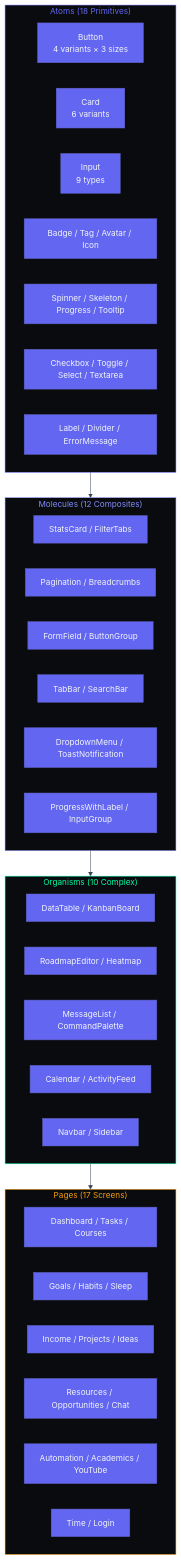
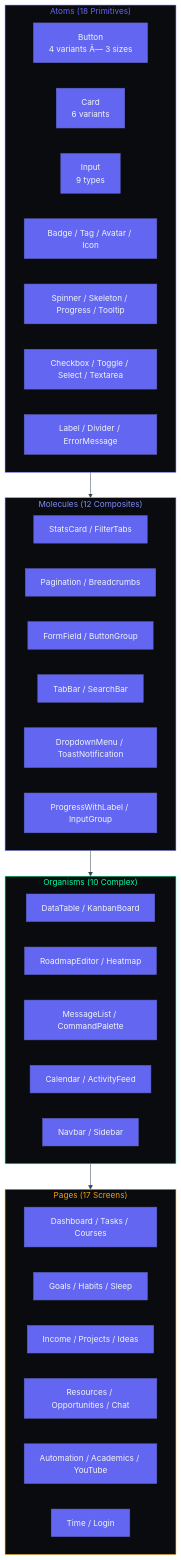
Before and after one commit to rohitkumarnaidu/ARIA-OS---SecondBrain-: the diagram in docs/engineering/FrontendComponentLibrary.md, drawn with Mermaid. The commit also changed other lines of this file and 7 other files, not shown here.

````diff
--- a/docs/engineering/FrontendComponentLibrary.md
+++ b/docs/engineering/FrontendComponentLibrary.md
@@ -104,52 +104,52 @@
 ```mermaid
 %%{init: {'theme': 'base', 'themeVariables': { 'background': '#0A0B0F', 'primaryColor': '#6366F1', 'secondaryColor': '#00FFA3', 'tertiaryColor': '#1E293B', 'primaryTextColor': '#F1F5F9', 'secondaryTextColor': '#94A3B8', 'lineColor': '#334155', 'fontFamily': 'DM Sans' }}}%%
 graph TD
     subgraph Atoms["Atoms (18 Primitives)"]
         direction LR
-        A1["Button<br/>4 variants × 3 sizes"]
+        A1["Button<br/>4 variants Ã— 3 sizes"]
         A2["Card<br/>6 variants"]
         A3["Input<br/>9 types"]
         A4["Badge / Tag / Avatar / Icon"]
         A5["Spinner / Skeleton / Progress / Tooltip"]
         A6["Checkbox / Toggle / Select / Textarea"]
         A7["Label / Divider / ErrorMessage"]
     end
 
     subgraph Molecules["Molecules (12 Composites)"]
         direction LR
         M1["StatsCard / FilterTabs"]
         M2["Pagination / Breadcrumbs"]
         M3["FormField / ButtonGroup"]
         M4["TabBar / SearchBar"]
         M5["DropdownMenu / ToastNotification"]
         M6["ProgressWithLabel / InputGroup"]
     end
 
     subgraph Organisms["Organisms (10 Complex)"]
         direction LR
         O1["DataTable / KanbanBoard"]
         O2["RoadmapEditor / Heatmap"]
         O3["MessageList / CommandPalette"]
         O4["Calendar / ActivityFeed"]
         O5["Navbar / Sidebar"]
     end
 
     subgraph Pages["Pages (17 Screens)"]
         direction LR
         P1["Dashboard / Tasks / Courses"]
         P2["Goals / Habits / Sleep"]
         P3["Income / Projects / Ideas"]
         P4["Resources / Opportunities / Chat"]
         P5["Automation / Academics / YouTube"]
         P6["Time / Login"]
     end
 
     Atoms --> Molecules
     Molecules --> Organisms
     Organisms --> Pages
 
     style Atoms fill:#0A0B0F,stroke:#6366F1,color:#6366F1
     style Molecules fill:#0A0B0F,stroke:#818CF8,color:#818CF8
     style Organisms fill:#0A0B0F,stroke:#00FFA3,color:#00FFA3
     style Pages fill:#0A0B0F,stroke:#F59E0B,color:#F59E0B
 ```
````
